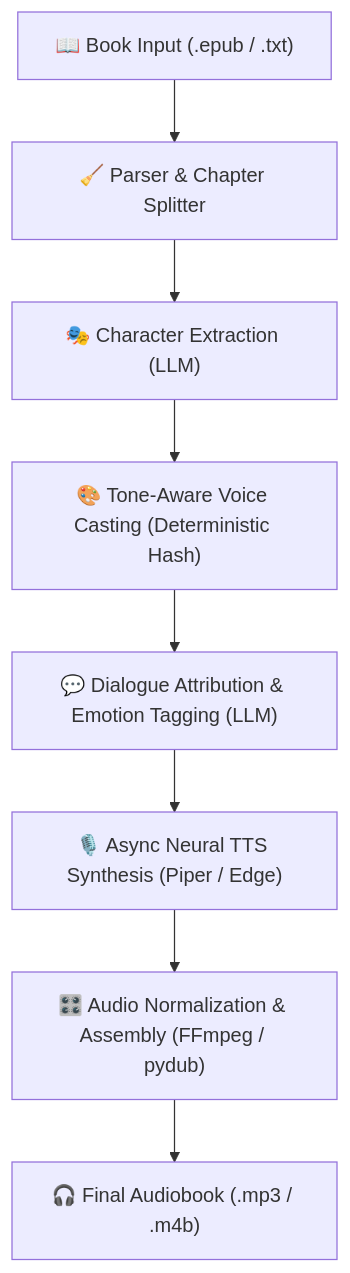
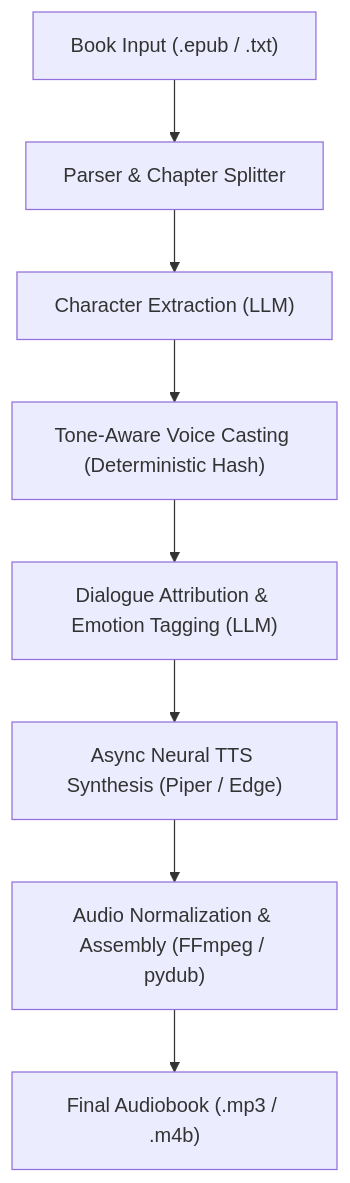
The diagram in docs/getting-started/overview.md (oscarbol09/audiobard), drawn with Mermaid before and after one commit. The commit also changed other lines of this file and 22 other files, not shown here.

````diff
--- a/docs/getting-started/overview.md
+++ b/docs/getting-started/overview.md
@@ -11,10 +11,10 @@
 ```mermaid
 flowchart TD
-    A["📖 Book Input (.epub / .txt)"] --> B["🧹 Parser & Chapter Splitter"]
-    B --> C["🎭 Character Extraction (LLM)"]
-    C --> D["🎨 Tone-Aware Voice Casting (Deterministic Hash)"]
-    D --> E["💬 Dialogue Attribution & Emotion Tagging (LLM)"]
-    E --> F["🎙️ Async Neural TTS Synthesis (Piper / Edge)"]
-    F --> G["🎛️ Audio Normalization & Assembly (FFmpeg / pydub)"]
-    G --> H["🎧 Final Audiobook (.mp3 / .m4b)"]
+    A["Book Input (.epub / .txt)"] --> B["Parser & Chapter Splitter"]
+    B --> C["Character Extraction (LLM)"]
+    C --> D["Tone-Aware Voice Casting (Deterministic Hash)"]
+    D --> E["Dialogue Attribution & Emotion Tagging (LLM)"]
+    E --> F["Async Neural TTS Synthesis (Piper / Edge)"]
+    F --> G["Audio Normalization & Assembly (FFmpeg / pydub)"]
+    G --> H["Final Audiobook (.mp3 / .m4b)"]
 ```
````
